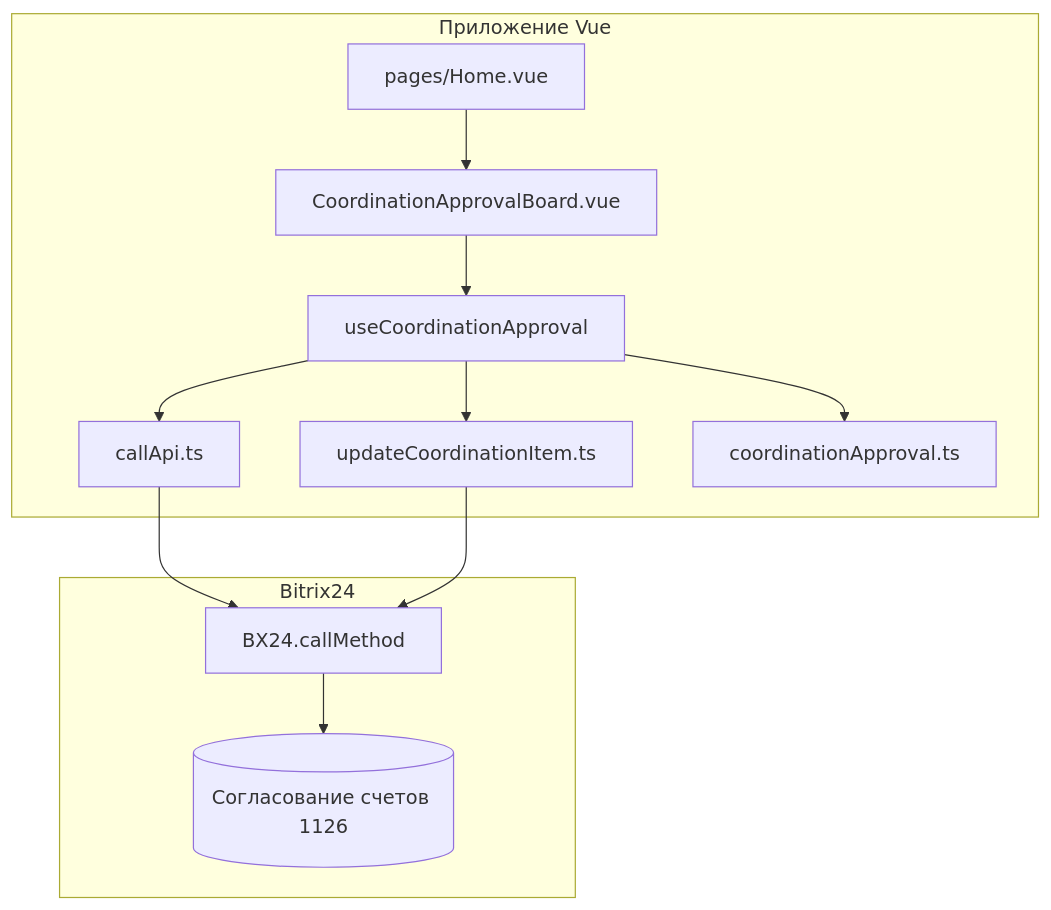
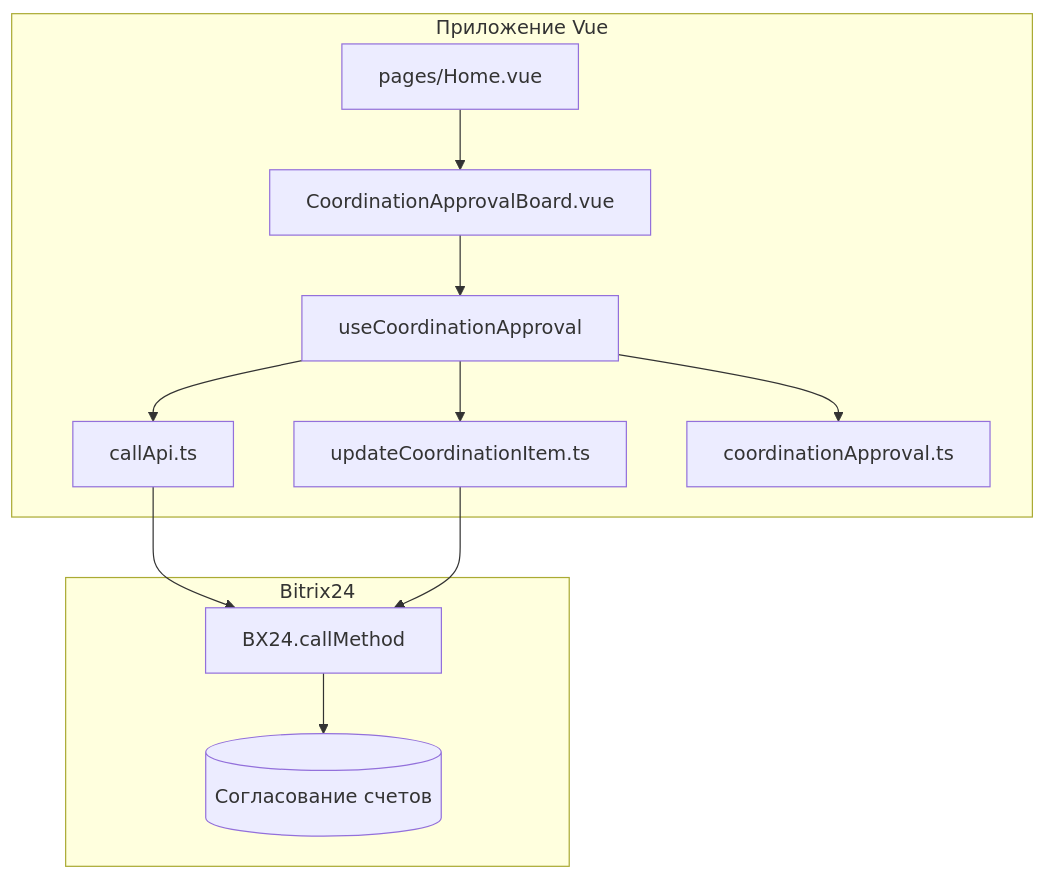
The diagram in README.md (timofeyshumakov/coordination-task), drawn with Mermaid before and after one commit.

````diff
--- a/README.md
+++ b/README.md
@@ -108,25 +108,25 @@
 ```mermaid
 flowchart TB
   subgraph bitrix [Bitrix24]
     BX24[BX24.callMethod]
-    CRM[(Согласование счетов 1126)]
+    CRM[(Согласование счетов)]
   end
 
   subgraph app [Приложение Vue]
     Home[pages/Home.vue]
     Board[CoordinationApprovalBoard.vue]
     Composable[useCoordinationApproval]
     CallApi[callApi.ts]
     UpdateItem[updateCoordinationItem.ts]
     Constants[coordinationApproval.ts]
   end
 
   Home --> Board
   Board --> Composable
   Composable --> Constants
   Composable --> CallApi
   Composable --> UpdateItem
   CallApi --> BX24
   UpdateItem --> BX24
   BX24 --> CRM
 ```
````
